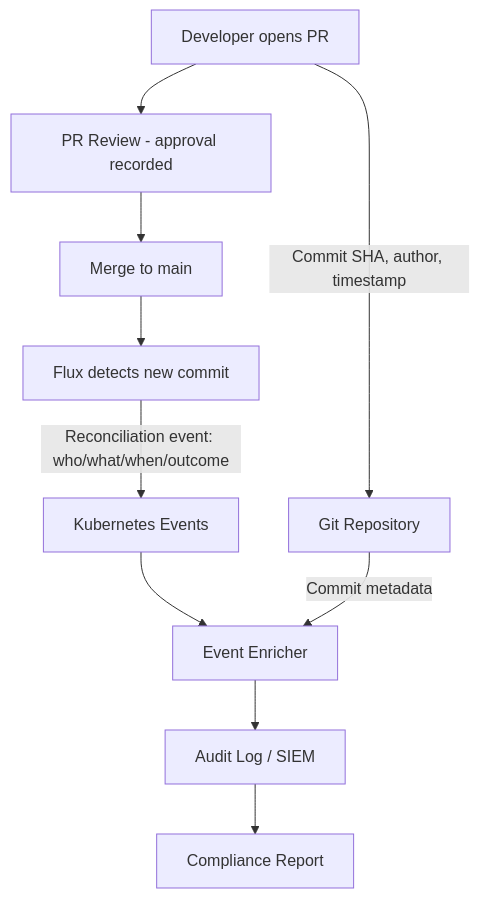
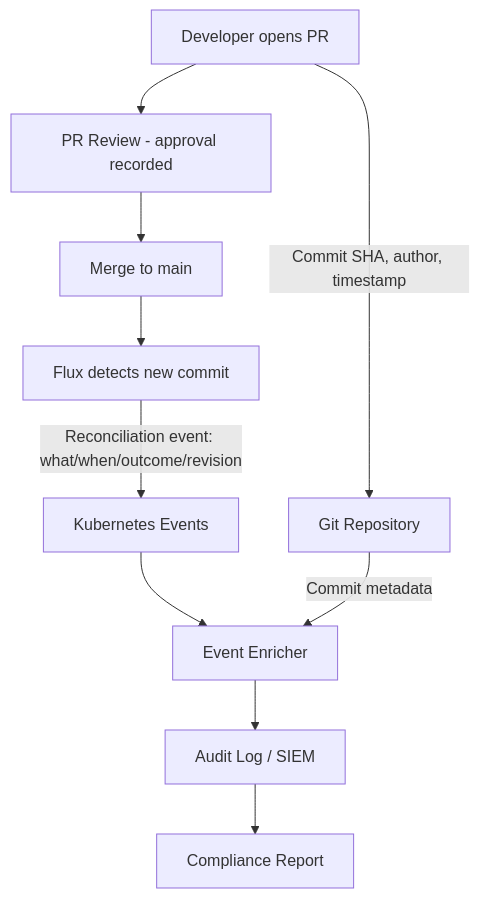
Before and after one commit to OneUptime/blog: the diagram in posts/2026-03-13-audit-trail-deployments-flux-cd/README.md, drawn with Mermaid. The commit also changed other lines of this file and 2 other files, not shown here.

Commit message:
validate: 2026-03-13-audit-trail-deployments-flux-cd

````diff
--- a/posts/2026-03-13-audit-trail-deployments-flux-cd/README.md
+++ b/posts/2026-03-13-audit-trail-deployments-flux-cd/README.md
@@ -223,12 +231,12 @@
 ```mermaid
 flowchart TD
     A[Developer opens PR] -->|Commit SHA, author, timestamp| Git[Git Repository]
     A --> PR[PR Review - approval recorded]
     PR --> Merge[Merge to main]
     Merge --> Flux[Flux detects new commit]
-    Flux -->|Reconciliation event: who/what/when/outcome| K8sEvents[Kubernetes Events]
+    Flux -->|Reconciliation event: what/when/outcome/revision| K8sEvents[Kubernetes Events]
     K8sEvents --> Enricher[Event Enricher]
     Git -->|Commit metadata| Enricher
     Enricher --> SIEM[Audit Log / SIEM]
     SIEM --> Report[Compliance Report]
 ```
````
